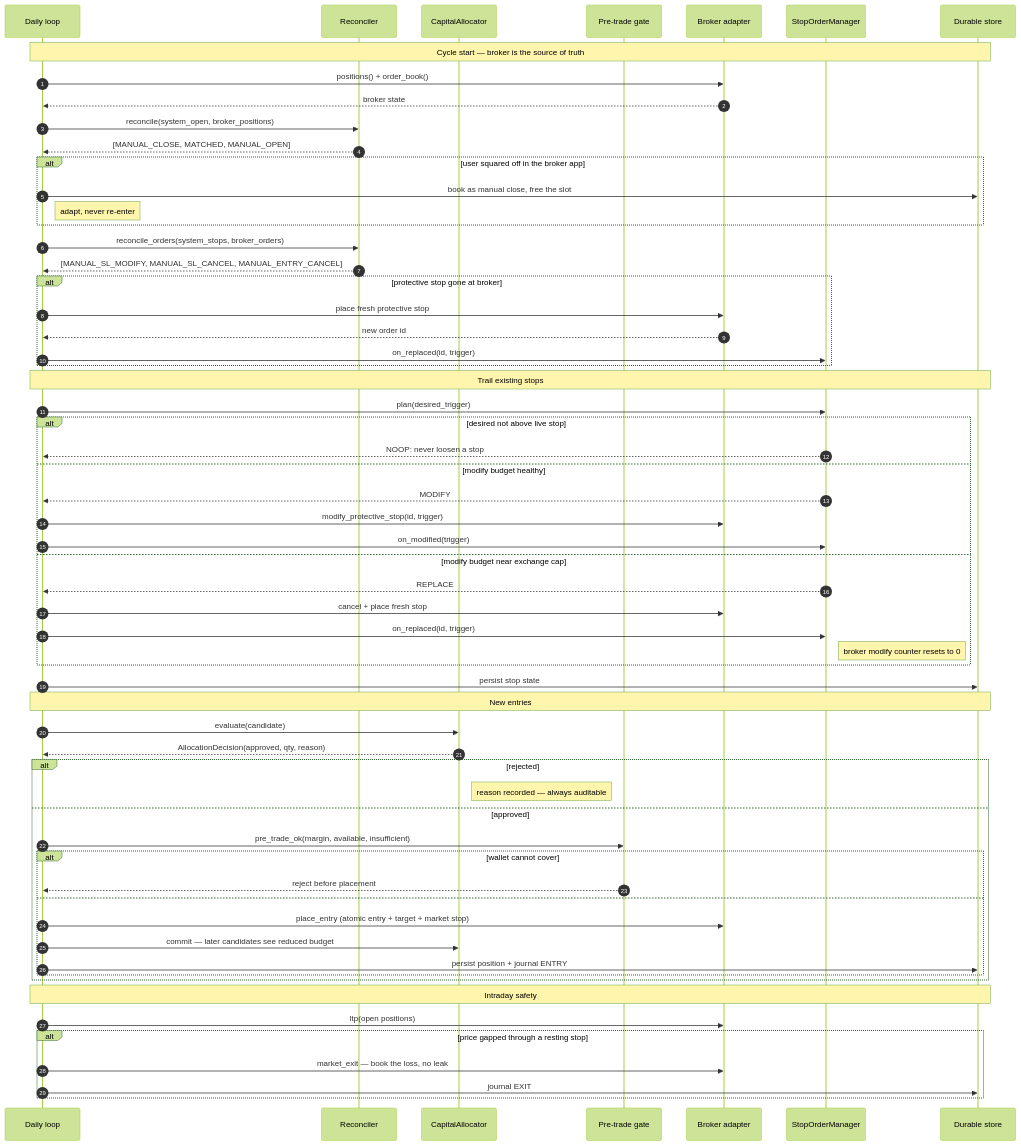
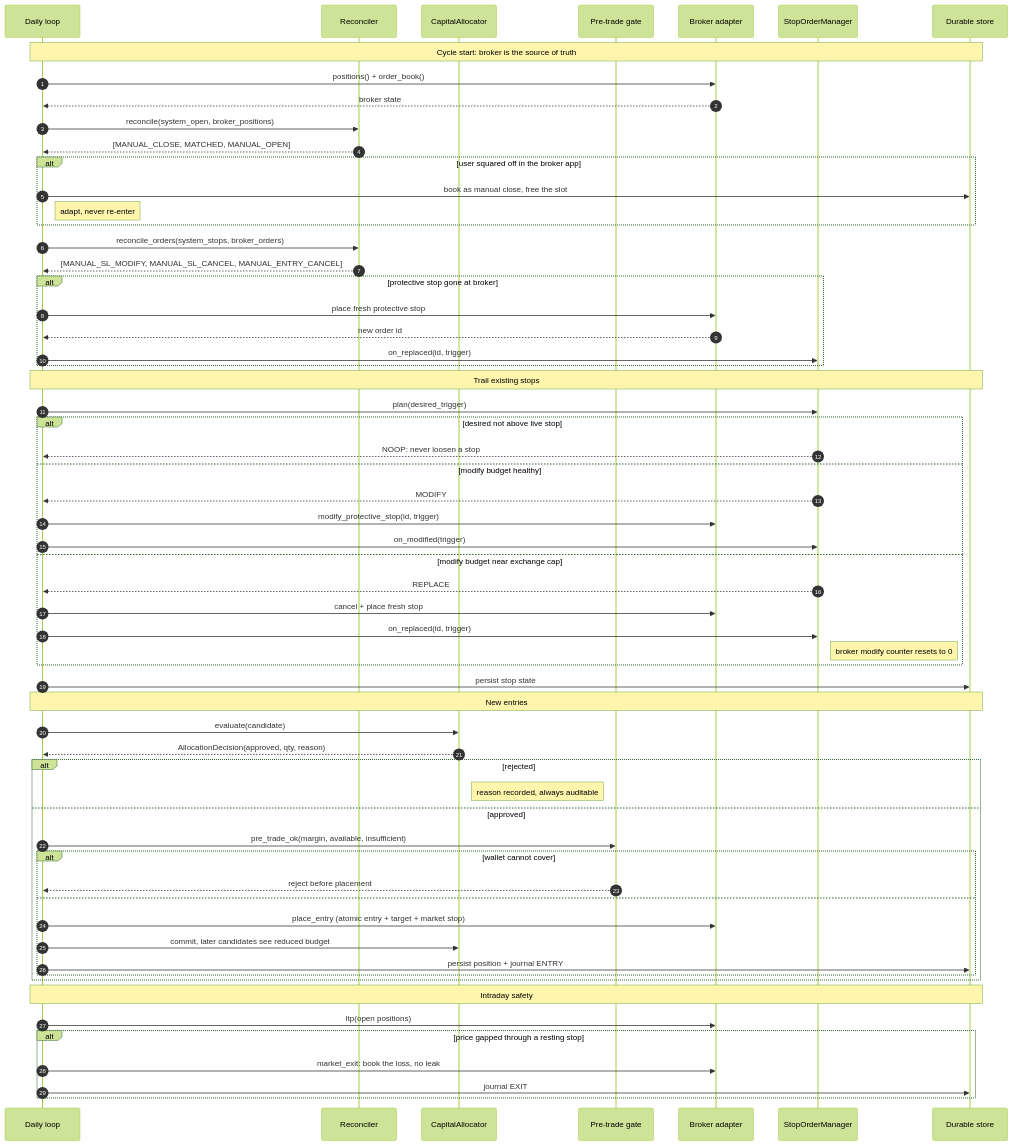
Before and after one commit to Aditya-7117/MarginOps-Overview: the second of 2 diagrams in README.md, drawn with Mermaid (forest theme). The commit also changed other lines of this file and 15 other files, not shown here.

````diff
--- a/README.md
+++ b/README.md
@@ -158,71 +175,71 @@
 ```mermaid
 sequenceDiagram
     autonumber
     participant L as Daily loop
     participant R as Reconciler
     participant A as CapitalAllocator
     participant G as Pre-trade gate
     participant B as Broker adapter
     participant S as StopOrderManager
     participant D as Durable store
 
-    Note over L,D: Cycle start — broker is the source of truth
+    Note over L,D: Cycle start: broker is the source of truth
 
     L->>B: positions() + order_book()
     B-->>L: broker state
     L->>R: reconcile(system_open, broker_positions)
     R-->>L: [MANUAL_CLOSE, MATCHED, MANUAL_OPEN]
     alt user squared off in the broker app
         L->>D: book as manual close, free the slot
         Note right of L: adapt, never re-enter
     end
     L->>R: reconcile_orders(system_stops, broker_orders)
     R-->>L: [MANUAL_SL_MODIFY, MANUAL_SL_CANCEL, MANUAL_ENTRY_CANCEL]
     alt protective stop gone at broker
         L->>B: place fresh protective stop
         B-->>L: new order id
         L->>S: on_replaced(id, trigger)
     end
 
     Note over L,D: Trail existing stops
 
     L->>S: plan(desired_trigger)
     alt desired not above live stop
         S-->>L: NOOP: never loosen a stop
     else modify budget healthy
         S-->>L: MODIFY
         L->>B: modify_protective_stop(id, trigger)
         L->>S: on_modified(trigger)
     else modify budget near exchange cap
         S-->>L: REPLACE
         L->>B: cancel + place fresh stop
         L->>S: on_replaced(id, trigger)
         Note right of S: broker modify counter resets to 0
     end
     L->>D: persist stop state
 
     Note over L,D: New entries
 
     L->>A: evaluate(candidate)
     A-->>L: AllocationDecision(approved, qty, reason)
     alt rejected
-        Note right of A: reason recorded — always auditable
+        Note right of A: reason recorded, always auditable
     else approved
         L->>G: pre_trade_ok(margin, available, insufficient)
         alt wallet cannot cover
             G-->>L: reject before placement
         else
             L->>B: place_entry (atomic entry + target + market stop)
-            L->>A: commit — later candidates see reduced budget
+            L->>A: commit, later candidates see reduced budget
             L->>D: persist position + journal ENTRY
         end
     end
 
     Note over L,D: Intraday safety
 
     L->>B: ltp(open positions)
     alt price gapped through a resting stop
-        L->>B: market_exit — book the loss, no leak
+        L->>B: market_exit: book the loss, no leak
         L->>D: journal EXIT
     end
 ```
````
